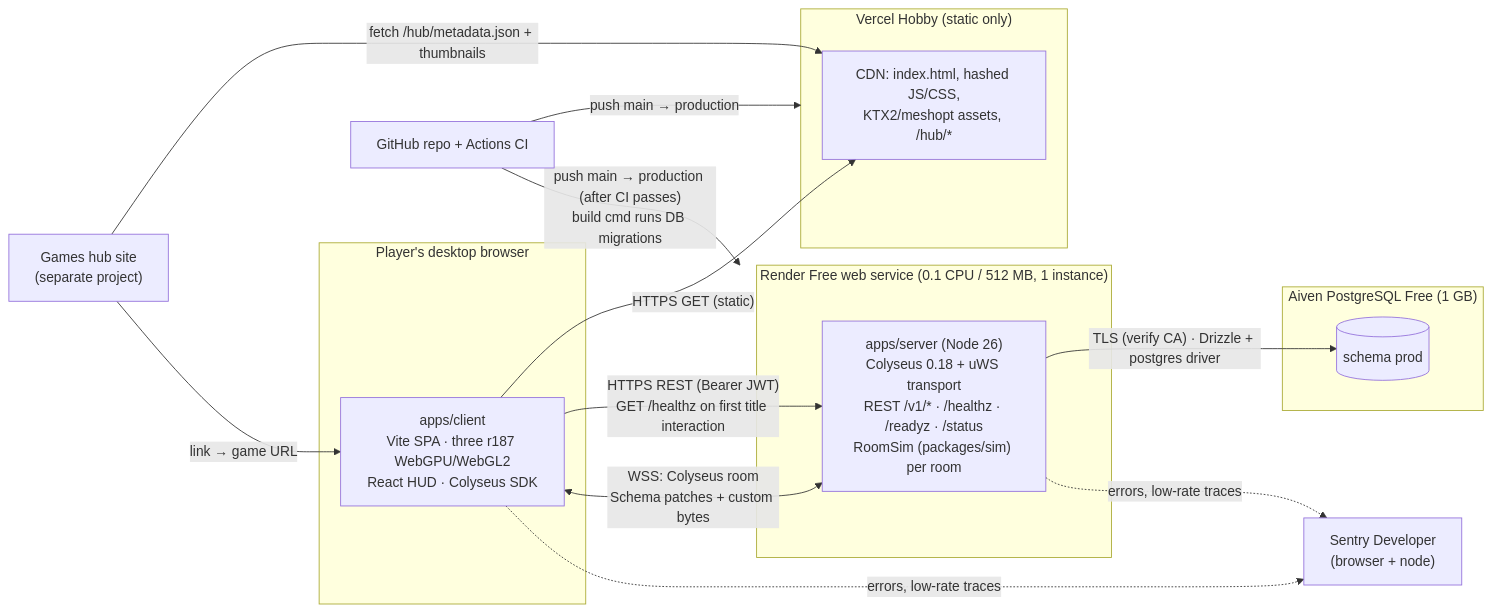
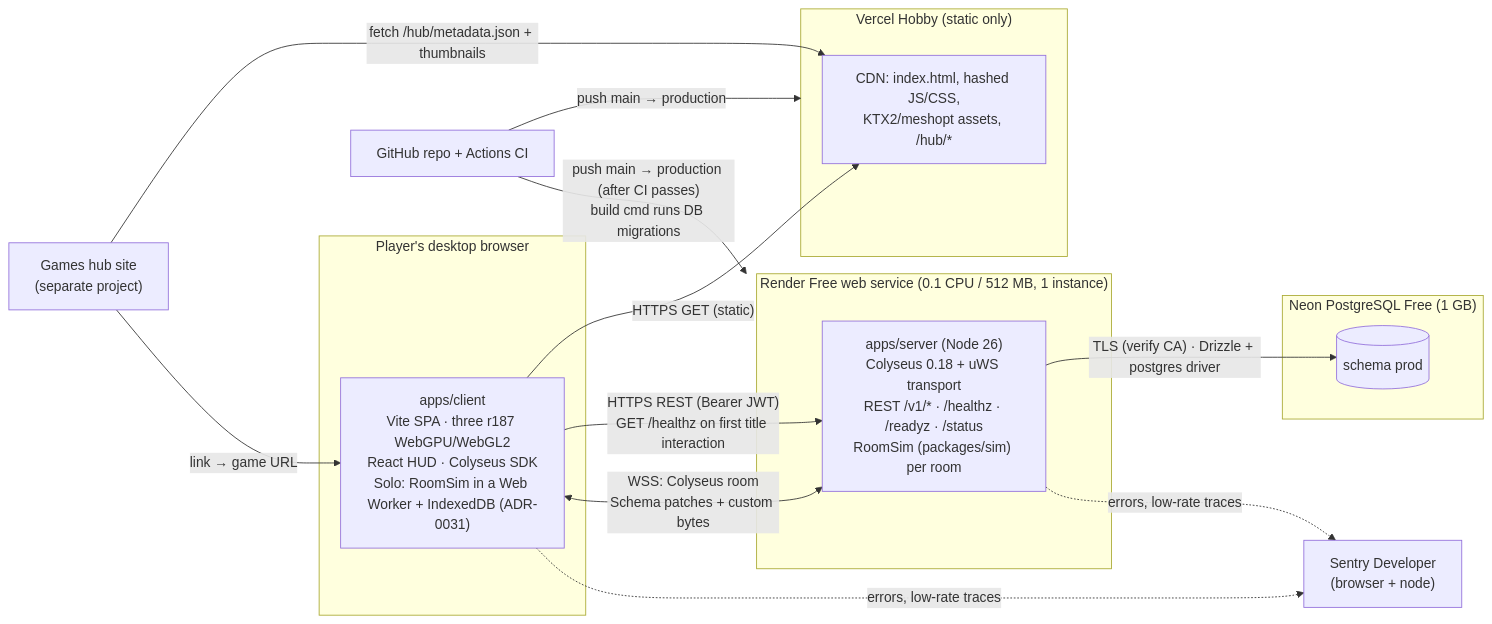
Before and after one commit to ceenguyen05/MoonCleanup: the first of 4 diagrams in docs/architecture/system-overview.md, drawn with Mermaid. The commit also changed other lines of this file and 1440 other files, not shown here.

````diff
--- a/docs/architecture/system-overview.md
+++ b/docs/architecture/system-overview.md
@@ -13,29 +13,29 @@
 ```mermaid
 flowchart LR
   subgraph Player["Player's desktop browser"]
-    C["apps/client<br/>Vite SPA · three r187 WebGPU/WebGL2<br/>React HUD · Colyseus SDK"]
+    C["apps/client<br/>Vite SPA · three r187 WebGPU/WebGL2<br/>React HUD · Colyseus SDK<br/>Solo: RoomSim in a Web Worker + IndexedDB (ADR-0031)"]
   end
   subgraph Vercel["Vercel Hobby (static only)"]
     CDN["CDN: index.html, hashed JS/CSS,<br/>KTX2/meshopt assets, /hub/*"]
   end
   subgraph Render["Render Free web service (0.1 CPU / 512 MB, 1 instance)"]
     S["apps/server (Node 26)<br/>Colyseus 0.18 + uWS transport<br/>REST /v1/* · /healthz · /readyz · /status<br/>RoomSim (packages/sim) per room"]
   end
-  subgraph Aiven["Aiven PostgreSQL Free (1 GB)"]
+  subgraph Neon["Neon PostgreSQL Free (1 GB)"]
     DBP[("schema prod")]
   end
   Hub["Games hub site<br/>(separate project)"]
   Sentry["Sentry Developer<br/>(browser + node)"]
   GH["GitHub repo + Actions CI"]
 
   C -- "HTTPS GET (static)" --> CDN
   C -- "HTTPS REST (Bearer JWT)<br/>GET /healthz on first title interaction" --> S
   C <-- "WSS: Colyseus room<br/>Schema patches + custom bytes" --> S
   S -- "TLS (verify CA) · Drizzle + postgres driver" --> DBP
   Hub -- "fetch /hub/metadata.json + thumbnails" --> CDN
   Hub -- "link → game URL" --> C
   C -. "errors, low-rate traces" .-> Sentry
   S -. "errors, low-rate traces" .-> Sentry
   GH -- "push main → production" --> Vercel
   GH -- "push main → production (after CI passes)<br/>build cmd runs DB migrations" --> Render
 ```
````
